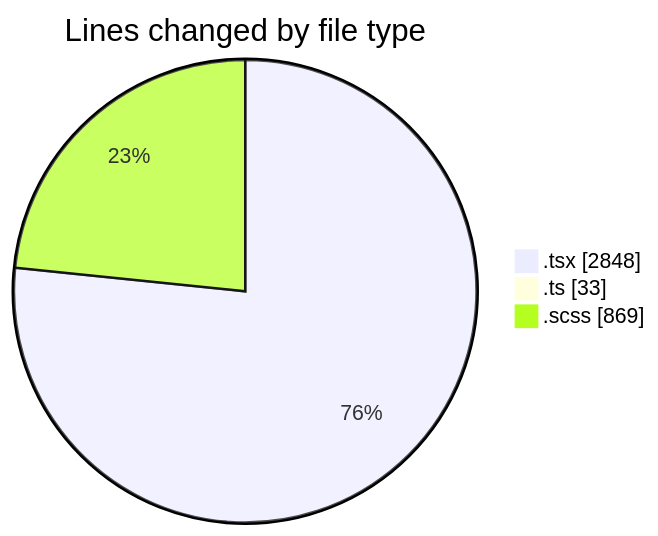
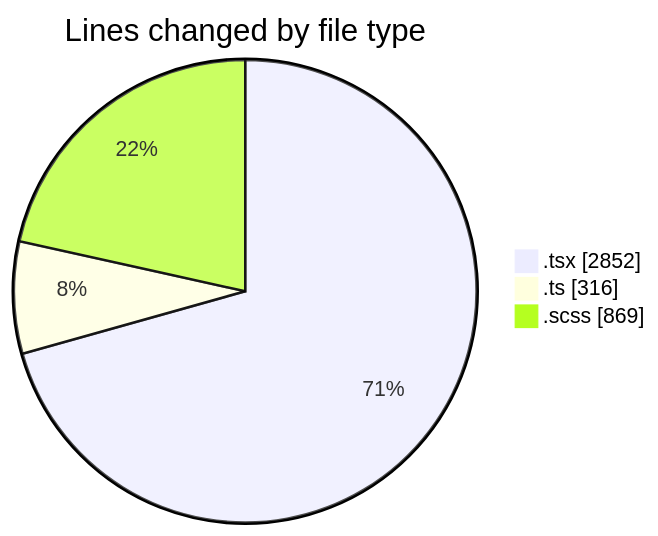
The first of 2 diagrams in 2025-02-12/cda/README.md (momahboobian/code-tracking), drawn with Mermaid before and after one commit. The commit also changed other lines of this file and 1 other file, not shown here.

````diff
--- a/2025-02-12/cda/README.md
+++ b/2025-02-12/cda/README.md
@@ -30,7 +31,7 @@
 ```mermaid
 pie showData
 title Lines changed by file type
-".tsx" : 2848
-".ts" : 33
+".tsx" : 2852
+".ts" : 316
 ".scss" : 869
 ```
````
